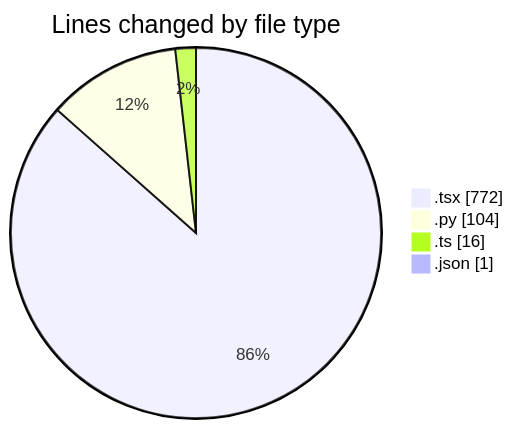
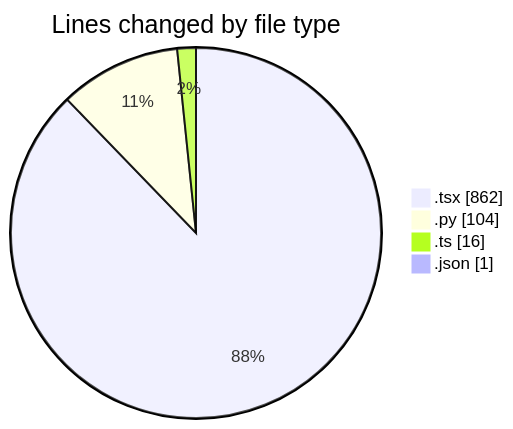
One commit to Ritupan-Deka/code-tracking changed the first of 2 diagrams in 2025-06-24/scopecraft/README.md. Above: the diagram before and after it, drawn with Mermaid. The commit also changed other lines of this file and 1 other file, not shown here.

````diff
--- a/2025-06-24/scopecraft/README.md
+++ b/2025-06-24/scopecraft/README.md
@@ -31,8 +31,8 @@
 ```mermaid
 pie showData
 title Lines changed by file type
-".tsx" : 772
+".tsx" : 862
 ".py" : 104
 ".ts" : 16
 ".json" : 1
 ```
````
